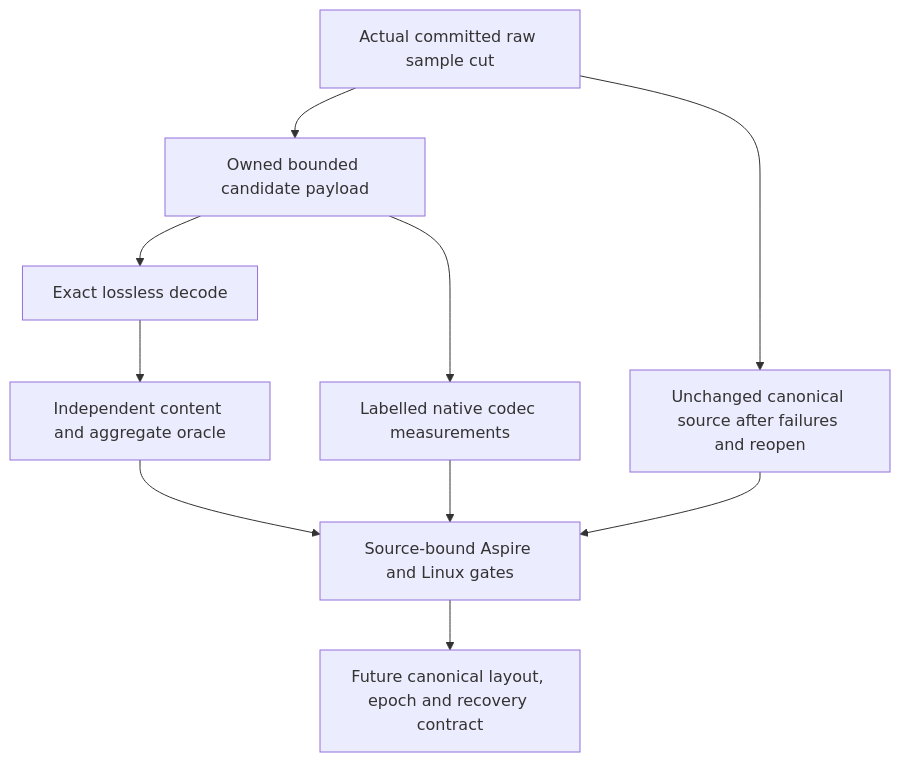
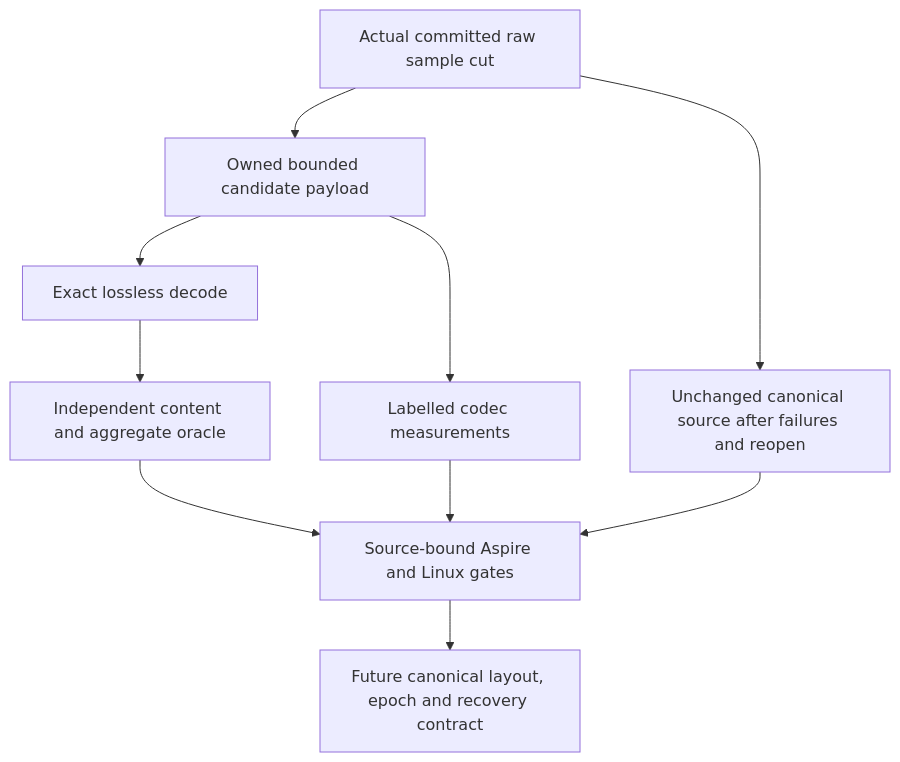
Before and after one commit to managedcode/KeyLoad: the fourth of 4 diagrams in docs/Features/TimeSeries.md, drawn with Mermaid. The commit also changed other lines of this file and 9016 other files, not shown here.

````diff
--- a/docs/Features/TimeSeries.md
+++ b/docs/Features/TimeSeries.md
@@ -159,12 +159,12 @@
 ```mermaid
 flowchart TD
  S[Actual committed raw sample cut] --> E[Owned bounded candidate payload]
  E --> D[Exact lossless decode]
  D --> O[Independent content and aggregate oracle]
  S --> I[Unchanged canonical source after failures and reopen]
- E --> M[Labelled native codec measurements]
+ E --> M[Labelled codec measurements]
  O --> Q[Source-bound Aspire and Linux gates]
  I --> Q
  M --> Q
  Q --> F[Future canonical layout, epoch and recovery contract]
 ```
````
